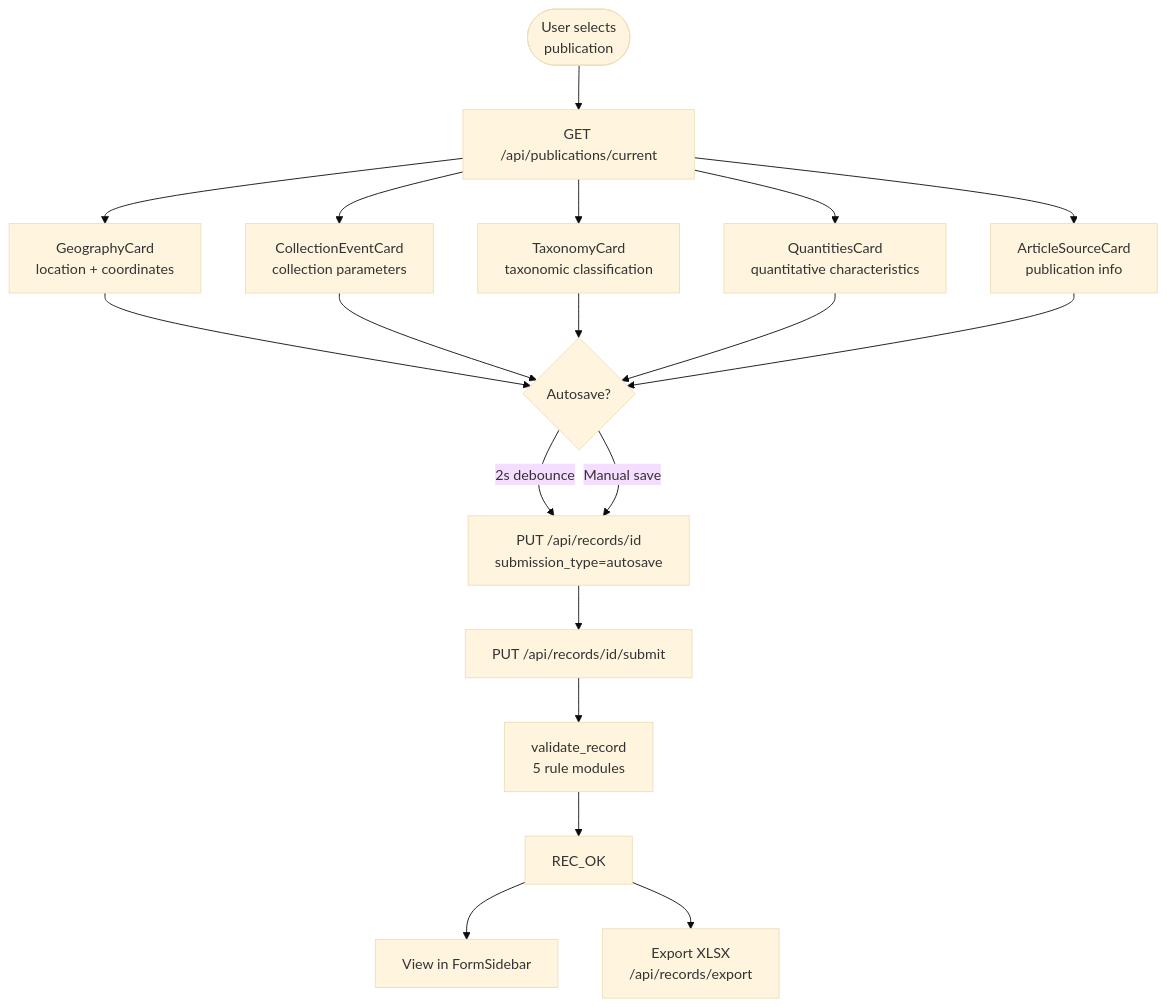
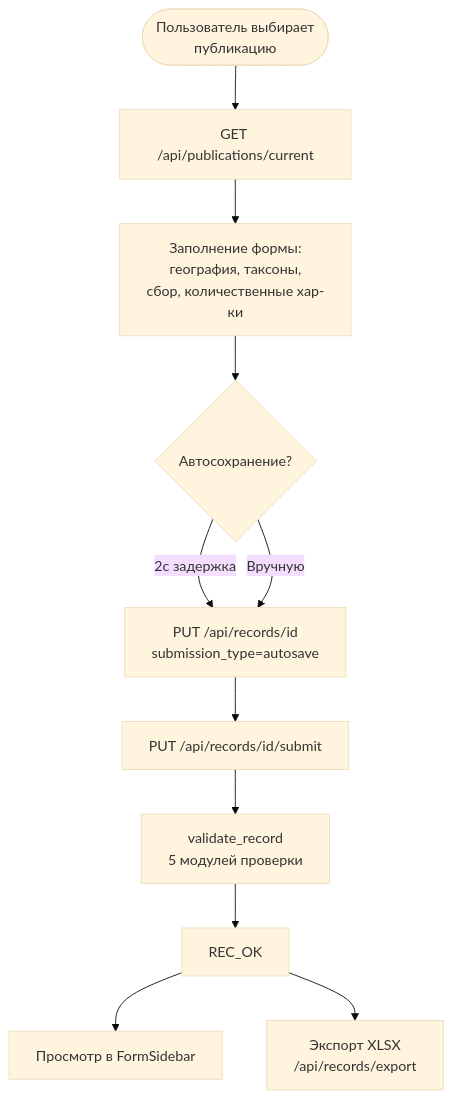
Before and after one commit to Faunistica/Faunistica_4.0: the diagram in docs/diagrams/record-filling.mmd, drawn with Mermaid (base theme). The commit also changed 17 other files, not shown here.

Commit message:
russian in diagrams

```diff
--- a/docs/diagrams/record-filling.mmd
+++ b/docs/diagrams/record-filling.mmd
@@ -1,18 +1,11 @@
 flowchart TD
-    Start([User selects<br/>publication]) --> Pub[GET /api/publications/current]
-    Pub --> Geo[GeographyCard<br/>location + coordinates]
-    Pub --> Coll[CollectionEventCard<br/>collection parameters]
-    Pub --> Tax[TaxonomyCard<br/>taxonomic classification]
-    Pub --> Quan[QuantitiesCard<br/>quantitative characteristics]
-    Pub --> Art[ArticleSourceCard<br/>publication info]
-
-    Geo & Coll & Tax & Quan & Art --> Auto{Autosave?}
-
-    Auto -->|2s debounce| Save[PUT /api/records/id<br/>submission_type=autosave]
-    Auto -->|Manual save| Save
-
+    Start([Пользователь выбирает<br/>публикацию]) --> Pub[GET /api/publications/current]
+    Pub --> Form[Заполнение формы:<br/>география, таксоны,<br/>сбор, количественные хар-ки]
+    Form --> Auto{Автосохранение?}
+    Auto -->|2с задержка| Save[PUT /api/records/id<br/>submission_type=autosave]
+    Auto -->|Вручную| Save
     Save --> Submit[PUT /api/records/id/submit]
-    Submit --> Valid[validate_record<br/>5 rule modules]
+    Submit --> Valid[validate_record<br/>5 модулей проверки]
     Valid --> Ok[REC_OK]
-    Ok --> Sidebar[View in FormSidebar]
-    Ok --> Export[Export XLSX<br/>/api/records/export]
+    Ok --> Sidebar[Просмотр в FormSidebar]
+    Ok --> Export[Экспорт XLSX<br/>/api/records/export]
```
